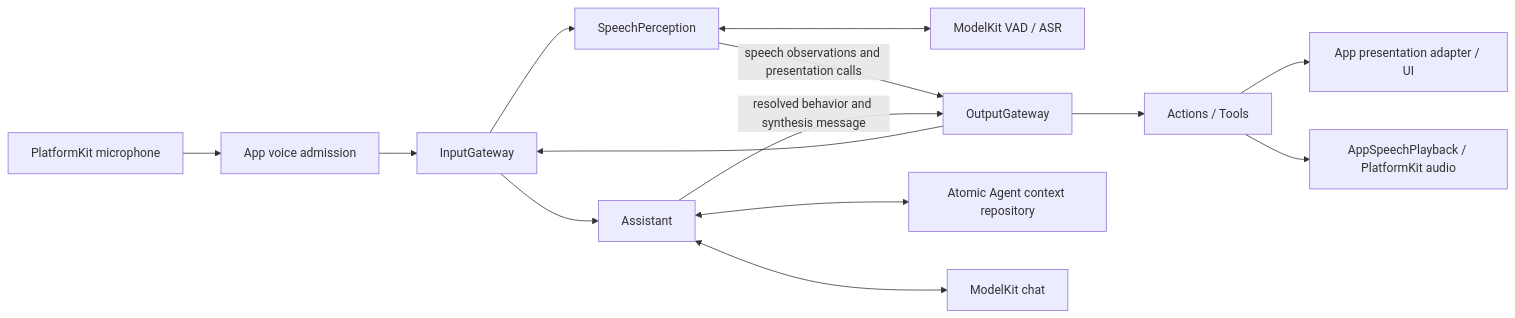
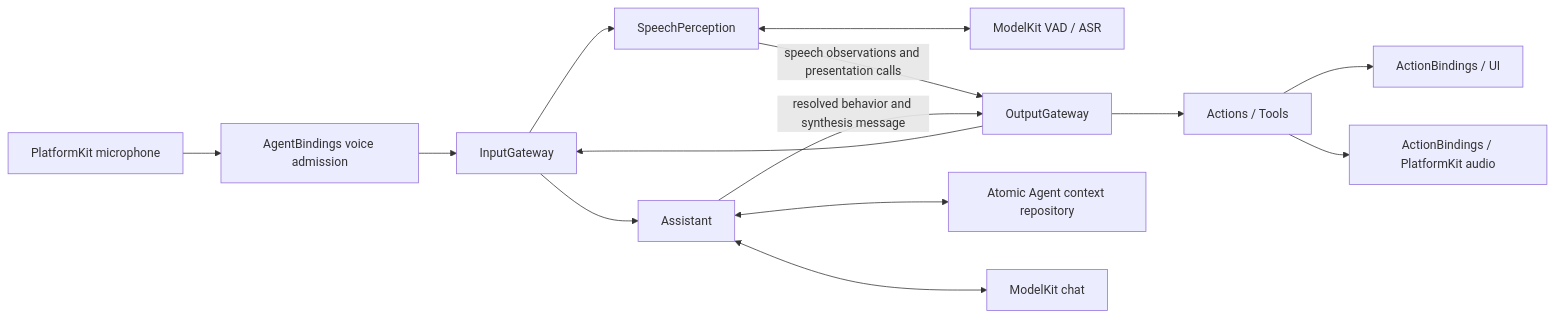
Before and after one commit to devilyouwei/MobileHarness: diagram 14 of 32 in MobileHarness/README.md, drawn with Mermaid. The commit also changed other lines of this file and 254 other files, not shown here.

First line of the commit message:
refactor: isolate app composition and module bindings

````diff
--- a/MobileHarness/README.md
+++ b/MobileHarness/README.md
@@ -761,16 +725,16 @@
 ```mermaid
 flowchart LR
-    Mic[PlatformKit microphone] --> App[App voice admission]
+    Mic[PlatformKit microphone] --> App[AgentBindings voice admission]
     App --> Input[InputGateway]
     Input --> Perception[SpeechPerception]
     Perception <--> Models[ModelKit VAD / ASR]
     Perception -->|speech observations and presentation calls| Output[OutputGateway]
     Output --> Input
     Input --> Assistant
     Assistant <--> History[Atomic Agent context repository]
     Assistant <--> Chat[ModelKit chat]
     Assistant -->|resolved behavior and synthesis message| Output
     Output --> Behavior[Actions / Tools]
-    Behavior --> UI[App presentation adapter / UI]
-    Behavior --> Speaker[AppSpeechPlayback / PlatformKit audio]
+    Behavior --> UI[ActionBindings / UI]
+    Behavior --> Speaker[ActionBindings / PlatformKit audio]
 ```
````
